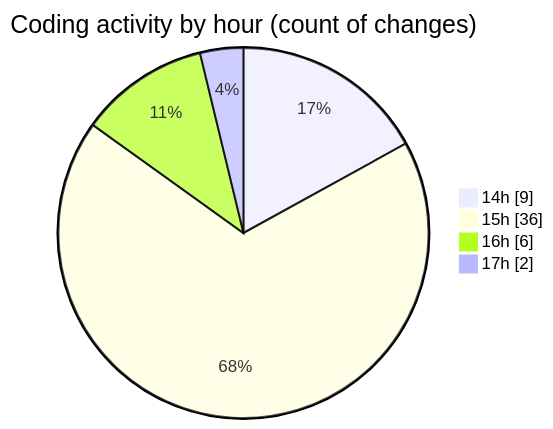
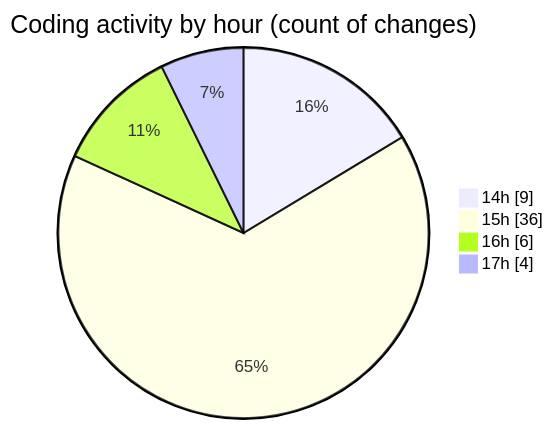
Before and after one commit to Ritupan-Deka/code-tracking: the second of 2 diagrams in 2025-06-17/projects/README.md, drawn with Mermaid. The commit also changed other lines of this file and 1 other file, not shown here.

````diff
--- a/2025-06-17/projects/README.md
+++ b/2025-06-17/projects/README.md
@@ -29,8 +29,8 @@
 ```mermaid
 pie showData
 title Coding activity by hour (count of changes)
 "14h" : 9
 "15h" : 36
 "16h" : 6
-"17h" : 2
+"17h" : 4
 ```
````
